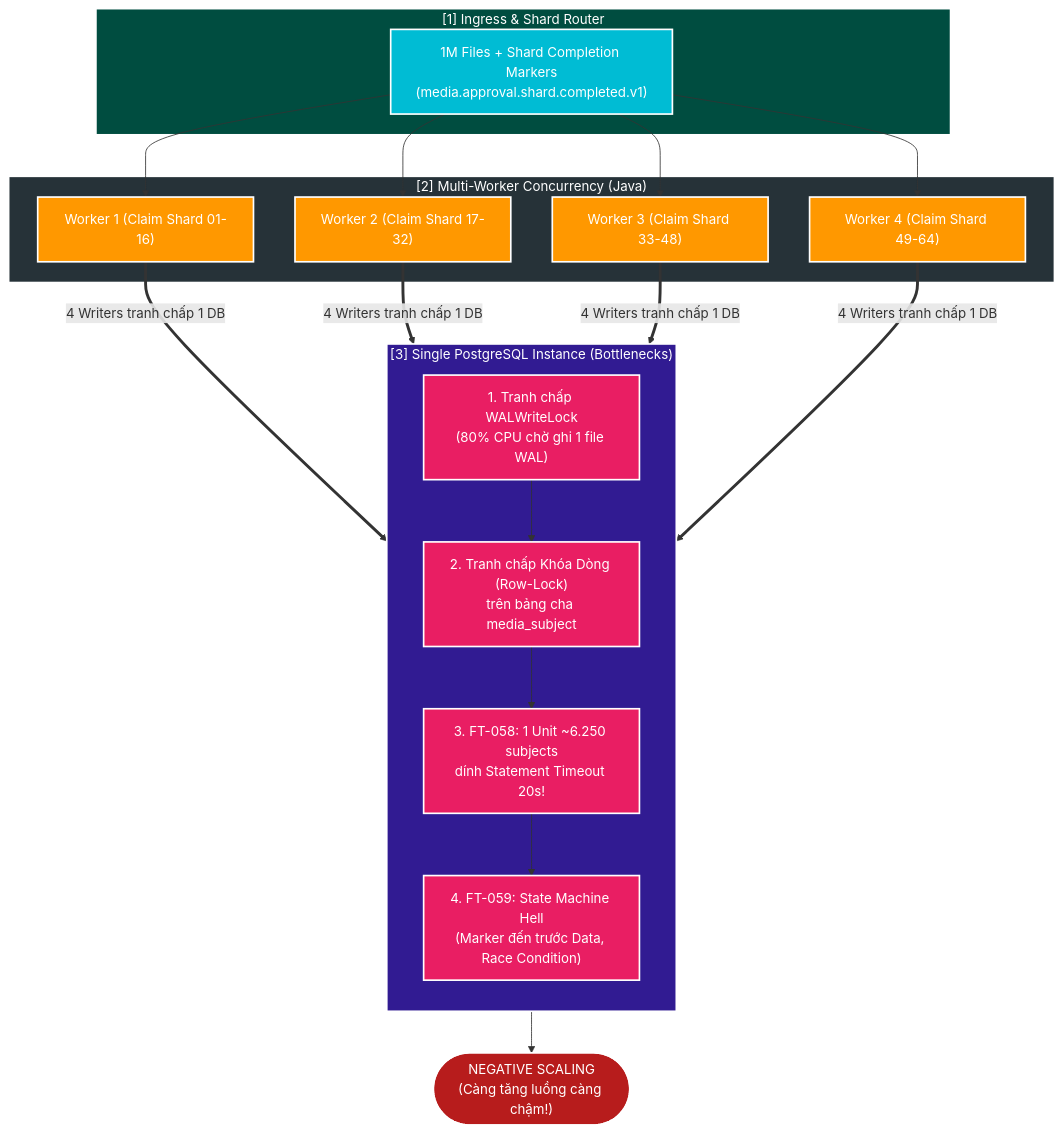
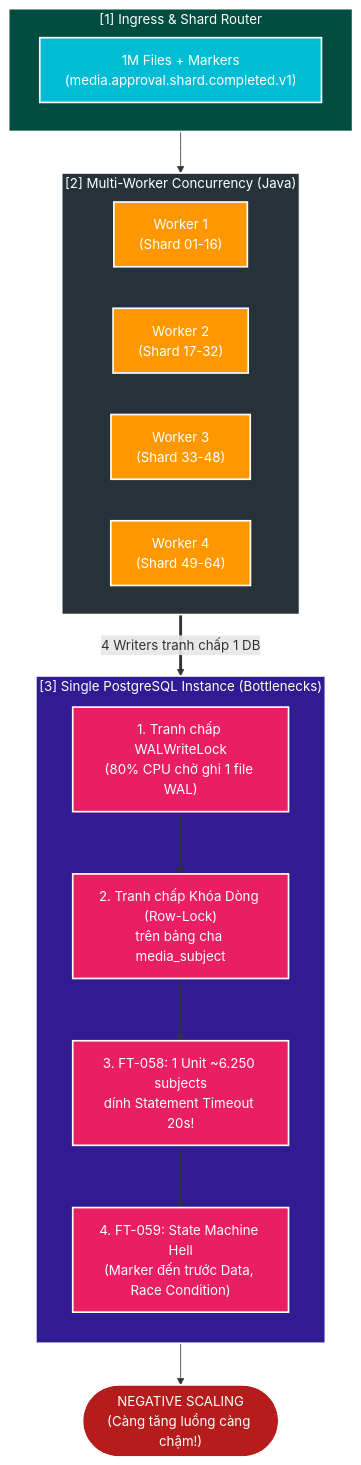
One commit to HungPhan200591/file-mngt-be-v2 changed the fourth of 6 diagrams in manual/learning/deep-dive/catalog-service/01-catalog-coalescing-and-reconciliation-deep-dive.md. Above: the diagram before and after it, drawn with Mermaid. The commit also changed other lines of this file and 2 other files, not shown here.

Commit message:
feat: update documentation for catalog coalescing and reconciliation, enhance flowcharts, and add Kafka producer configuration

````diff
--- a/manual/learning/deep-dive/catalog-service/01-catalog-coalescing-and-reconciliation-deep-dive.md
+++ b/manual/learning/deep-dive/catalog-service/01-catalog-coalescing-and-reconciliation-deep-dive.md
@@ -217,36 +211,37 @@
 ```mermaid
 flowchart TD
     subgraph INGRESS3["[1] Ingress & Shard Router"]
-        K3["1M Files + Shard Completion Markers\n(media.approval.shard.completed.v1)"]
+        K3["1M Files + Markers\n(media.approval.shard.completed.v1)"]
     end
     subgraph WORKERS3["[2] Multi-Worker Concurrency (Java)"]
-        W1["Worker 1 (Claim Shard 01-16)"]
-        W2["Worker 2 (Claim Shard 17-32)"]
-        W3["Worker 3 (Claim Shard 33-48)"]
-        W4["Worker 4 (Claim Shard 49-64)"]
+        direction LR
+        W1["Worker 1\n(Shard 01-16)"]
+        W2["Worker 2\n(Shard 17-32)"]
+        W3["Worker 3\n(Shard 33-48)"]
+        W4["Worker 4\n(Shard 49-64)"]
     end
     subgraph DB3["[3] Single PostgreSQL Instance (Bottlenecks)"]
         direction TB
         LOCK["1. Tranh chấp WALWriteLock\n(80% CPU chờ ghi 1 file WAL)"]
         ROW["2. Tranh chấp Khóa Dòng (Row-Lock)\ntrên bảng cha media_subject"]
         TO["3. FT-058: 1 Unit ~6.250 subjects\ndính Statement Timeout 20s!"]
         STATE["4. FT-059: State Machine Hell\n(Marker đến trước Data, Race Condition)"]
         LOCK --> ROW --> TO --> STATE
     end
-    K3 --> W1 & W2 & W3 & W4
-    W1 & W2 & W3 & W4 ==>|"4 Writers tranh chấp 1 DB"| DB3
+    INGRESS3 --> WORKERS3
+    WORKERS3 ==>|"4 Writers tranh chấp 1 DB"| DB3
     DB3 --> DEAD3(["NEGATIVE SCALING\n(Càng tăng luồng càng chậm!)"])
     style INGRESS3 fill:#004D40,stroke:#fff,stroke-width:2px,color:#fff
     style K3 fill:#00BCD4,stroke:#fff,stroke-width:2px,color:#fff
     style WORKERS3 fill:#263238,stroke:#fff,stroke-width:2px,color:#fff
     style W1 fill:#FF9800,stroke:#fff,stroke-width:2px,color:#fff
     style W2 fill:#FF9800,stroke:#fff,stroke-width:2px,color:#fff
     style W3 fill:#FF9800,stroke:#fff,stroke-width:2px,color:#fff
     style W4 fill:#FF9800,stroke:#fff,stroke-width:2px,color:#fff
     style DB3 fill:#311B92,stroke:#fff,stroke-width:2px,color:#fff
     style LOCK fill:#E91E63,stroke:#fff,stroke-width:2px,color:#fff
     style ROW fill:#E91E63,stroke:#fff,stroke-width:2px,color:#fff
     style TO fill:#E91E63,stroke:#fff,stroke-width:2px,color:#fff
     style STATE fill:#E91E63,stroke:#fff,stroke-width:2px,color:#fff
     style DEAD3 fill:#B71C1C,stroke:#fff,stroke-width:2px,color:#fff
 ```
````
